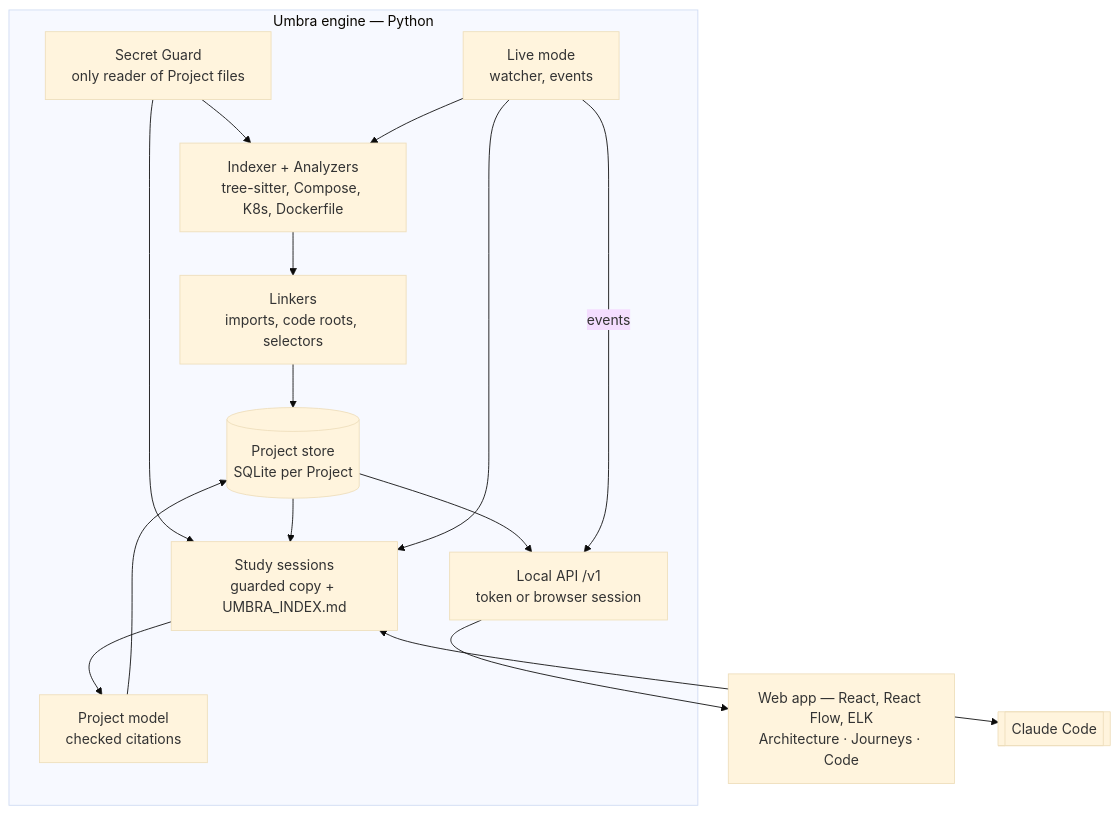
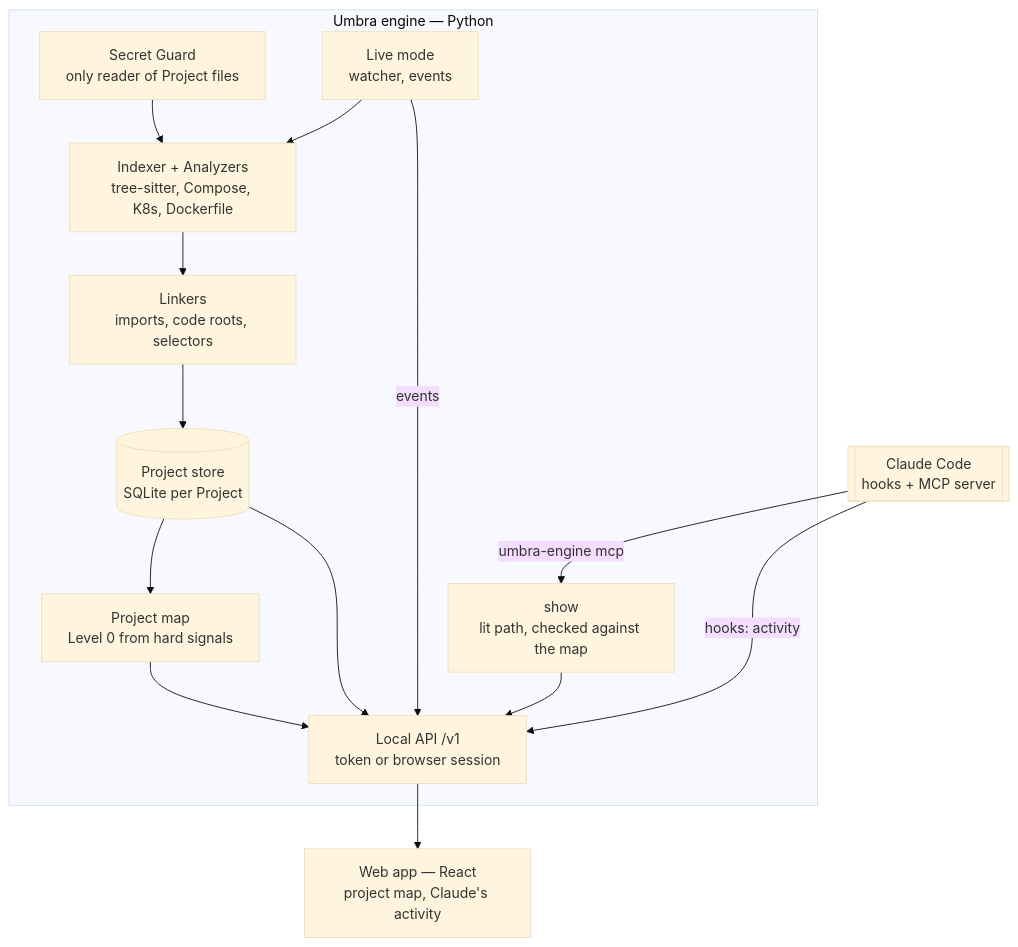
Before and after one commit to rida12b/Umbra: the second of 2 diagrams in docs/architecture.md, drawn with Mermaid (base theme). The commit also changed other lines of this file and 54 other files, not shown here.

First line of the commit message:
refactor: remove the engine's Claude study pipeline; the engine never runs claude (#114) (#115)

````diff
--- a/docs/architecture.md
+++ b/docs/architecture.md
@@ -28,25 +28,23 @@
 ```mermaid
 flowchart TB
     subgraph engine[Umbra engine — Python]
         guard[Secret Guard<br/>only reader of Project files]
         indexer[Indexer + Analyzers<br/>tree-sitter, Compose, K8s, Dockerfile]
         linkers[Linkers<br/>imports, code roots, selectors]
         store[(Project store<br/>SQLite per Project)]
-        study[Study sessions<br/>guarded copy + UMBRA_INDEX.md]
-        model[Project model<br/>checked citations]
+        system[Project map<br/>Level 0 from hard signals]
+        show[show<br/>lit path, checked against the map]
         live[Live mode<br/>watcher, events]
         api[Local API /v1<br/>token or browser session]
     end
-    ui[Web app — React, React Flow, ELK<br/>Architecture · Journeys · Code]
-    claude[[Claude Code]]
+    ui[Web app — React<br/>project map, Claude's activity]
+    claude[[Claude Code<br/>hooks + MCP server]]
 
     guard --> indexer --> linkers --> store
-    guard --> study
-    store --> study
-    study <--> claude
-    study --> model --> store
+    store --> system --> api
+    claude -- "umbra-engine mcp" --> show --> api
+    claude -- "hooks: activity" --> api
     live --> indexer
-    live --> study
     store --> api --> ui
     live -- "events" --> api
 ```
````
